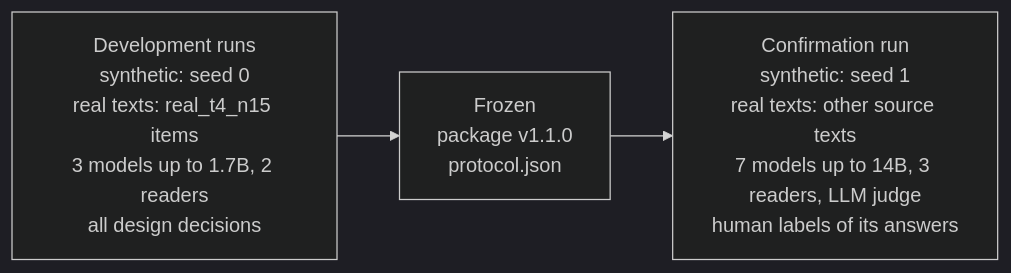
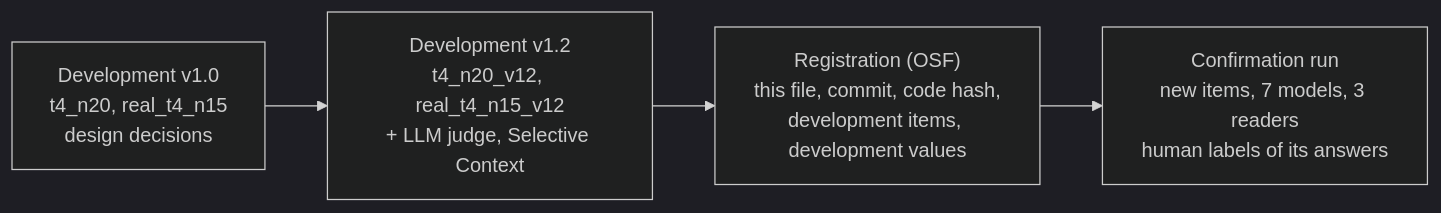
One commit to DanielVyazhev/llm-water-map changed the first of 2 diagrams in docs/PROTOCOL.md. Above: the diagram before and after it, drawn with Mermaid (dark theme). The commit also changed other lines of this file and 72 other files, not shown here.

First line of the commit message:
v1.2.0: fixes after review, confirmatory tests, protocol for registration

````diff
--- a/docs/PROTOCOL.md
+++ b/docs/PROTOCOL.md
@@ -5,5 +5,6 @@
 ```mermaid
 flowchart LR
-    D["Development runs<br>synthetic: seed 0<br>real texts: real_t4_n15 items<br>3 models up to 1.7B, 2 readers<br>all design decisions"] --> F["Frozen<br>package v1.1.0<br>protocol.json"]
-    F --> C["Confirmation run<br>synthetic: seed 1<br>real texts: other source texts<br>7 models up to 14B, 3 readers, LLM judge<br>human labels of its answers"]
+    D1["Development v1.0<br>t4_n20, real_t4_n15<br>design decisions"] --> D2["Development v1.2<br>t4_n20_v12, real_t4_n15_v12<br>+ LLM judge, Selective Context"]
+    D2 --> R["Registration (OSF)<br>this file, commit, code hash,<br>development items, development values"]
+    R --> C["Confirmation run<br>new items, 7 models, 3 readers<br>human labels of its answers"]
 ```
````
